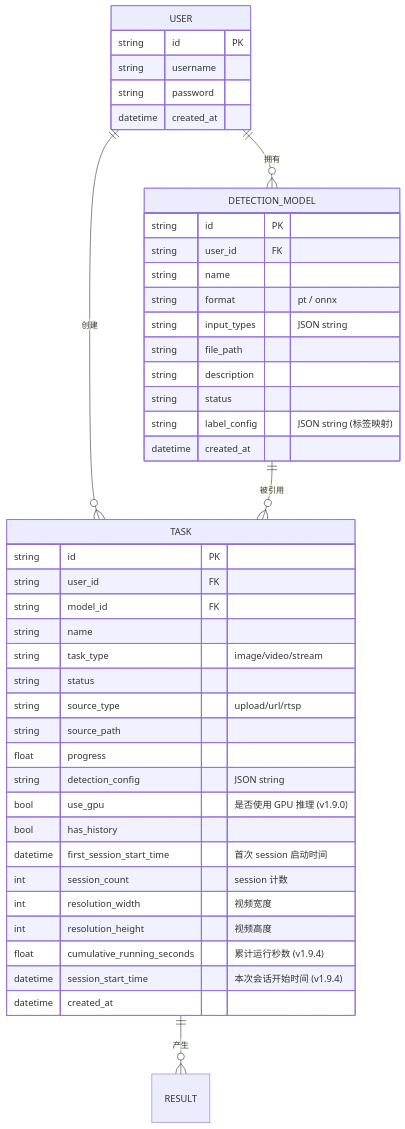
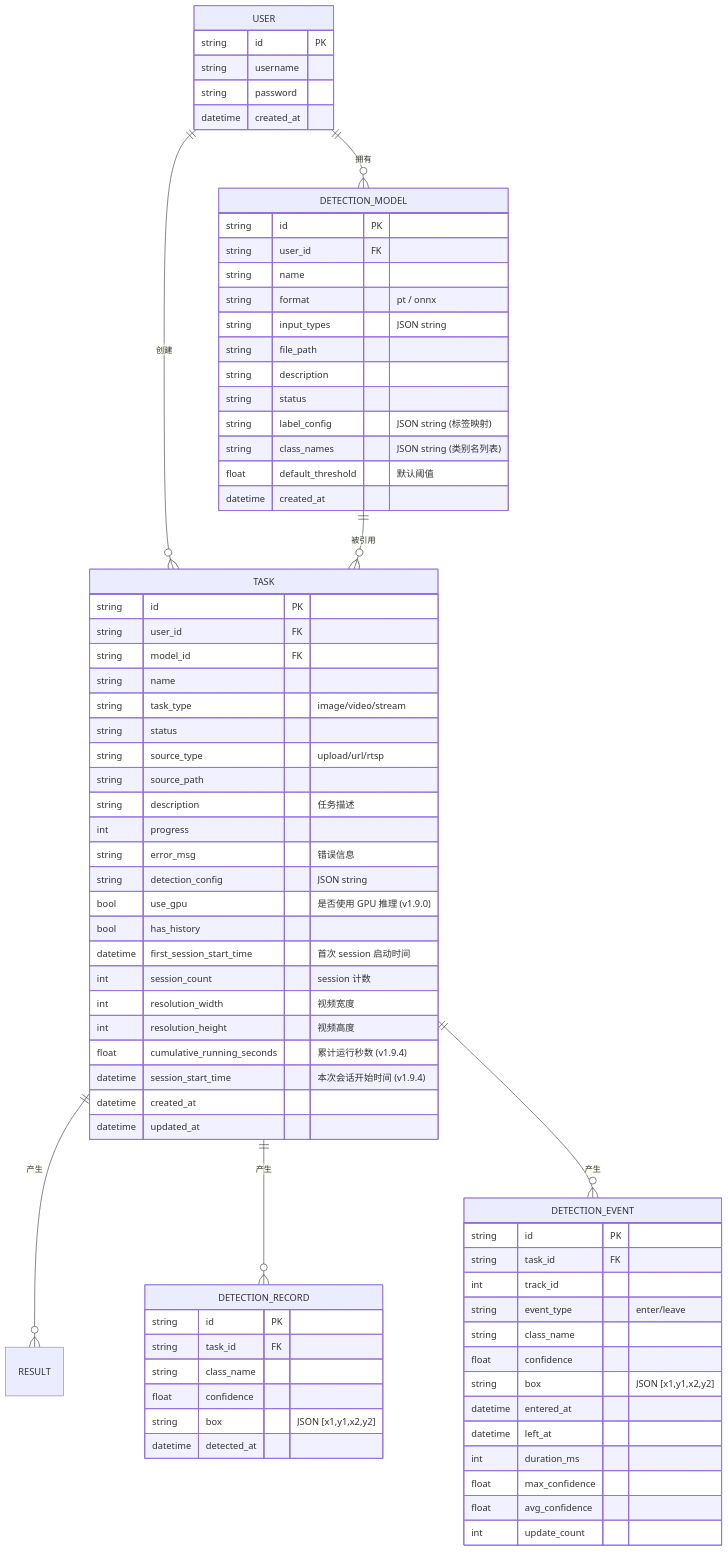
The diagram in docs/database.md (whynotnanfeng/FireGuard), drawn with Mermaid before and after one commit. The commit also changed other lines of this file and 42 other files, not shown here.

````diff
--- a/docs/database.md
+++ b/docs/database.md
@@ -9,49 +9,81 @@
 ```mermaid
 erDiagram
     USER ||--o{ DETECTION_MODEL : "拥有"
     USER ||--o{ TASK : "创建"
     DETECTION_MODEL ||--o{ TASK : "被引用"
     TASK ||--o{ RESULT : "产生"
+    TASK ||--o{ DETECTION_RECORD : "产生"
+    TASK ||--o{ DETECTION_EVENT : "产生"
 
     USER {
         string id PK
         string username
         string password
         datetime created_at
     }
 
     DETECTION_MODEL {
         string id PK
         string user_id FK
         string name
         string format "pt / onnx"
         string input_types "JSON string"
         string file_path
         string description
         string status
         string label_config "JSON string (标签映射)"
+        string class_names "JSON string (类别名列表)"
+        float default_threshold "默认阈值"
         datetime created_at
     }
 
     TASK {
         string id PK
         string user_id FK
         string model_id FK
         string name
         string task_type "image/video/stream"
         string status
         string source_type "upload/url/rtsp"
         string source_path
-        float progress
+        string description "任务描述"
+        int progress
+        string error_msg "错误信息"
         string detection_config "JSON string"
         bool use_gpu "是否使用 GPU 推理 (v1.9.0)"
         bool has_history
         datetime first_session_start_time "首次 session 启动时间"
         int session_count "session 计数"
         int resolution_width "视频宽度"
         int resolution_height "视频高度"
         float cumulative_running_seconds "累计运行秒数 (v1.9.4)"
         datetime session_start_time "本次会话开始时间 (v1.9.4)"
         datetime created_at
+        datetime updated_at
+    }
+
+    DETECTION_RECORD {
+        string id PK
+        string task_id FK
+        string class_name
+        float confidence
+        string box "JSON [x1,y1,x2,y2]"
+        datetime detected_at
+    }
+
+    DETECTION_EVENT {
+        string id PK
+        string task_id FK
+        int track_id
+        string event_type "enter/leave"
+        string class_name
+        float confidence
+        string box "JSON [x1,y1,x2,y2]"
+        datetime entered_at
+        datetime left_at
+        int duration_ms
+        float max_confidence
+        float avg_confidence
+        int update_count
     }
 ```
````
